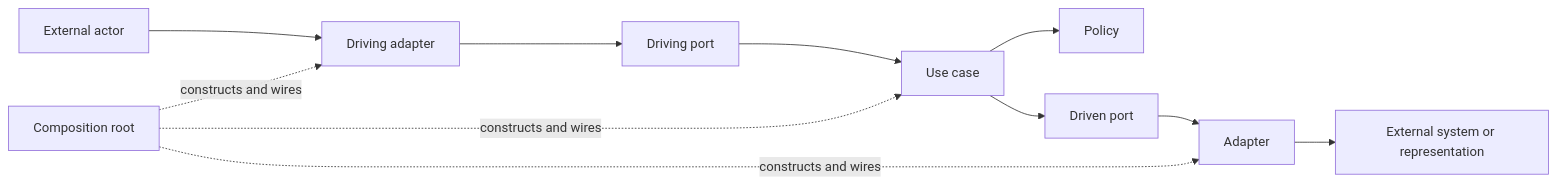
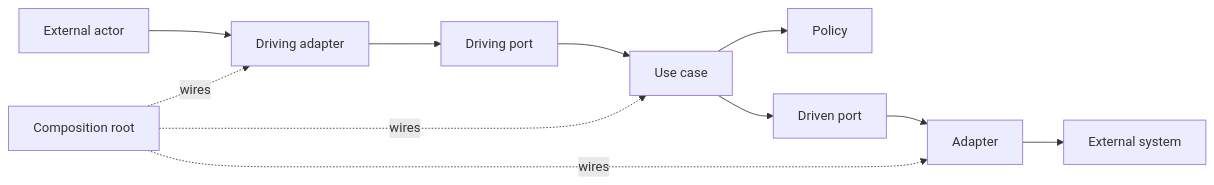
Before and after one commit to jeremy0dell/station: the diagram in docs/observer-architecture.md, drawn with Mermaid. The commit also changed other lines of this file, not shown here.

Commit message:
docs(observer): focus architecture on durable contracts

````diff
--- a/docs/observer-architecture.md
+++ b/docs/observer-architecture.md
@@ -56,13 +37,13 @@
 ```mermaid
 flowchart LR
   A[External actor] --> DA[Driving adapter]
   DA --> DP[Driving port]
   DP --> UC[Use case]
   UC --> P[Policy]
   UC --> OP[Driven port]
   OP --> OA[Adapter]
-  OA --> E[External system or representation]
-  CR[Composition root] -. constructs and wires .-> DA
-  CR -. constructs and wires .-> UC
-  CR -. constructs and wires .-> OA
+  OA --> E[External system]
+  CR[Composition root] -. wires .-> DA
+  CR -. wires .-> UC
+  CR -. wires .-> OA
 ```
````
